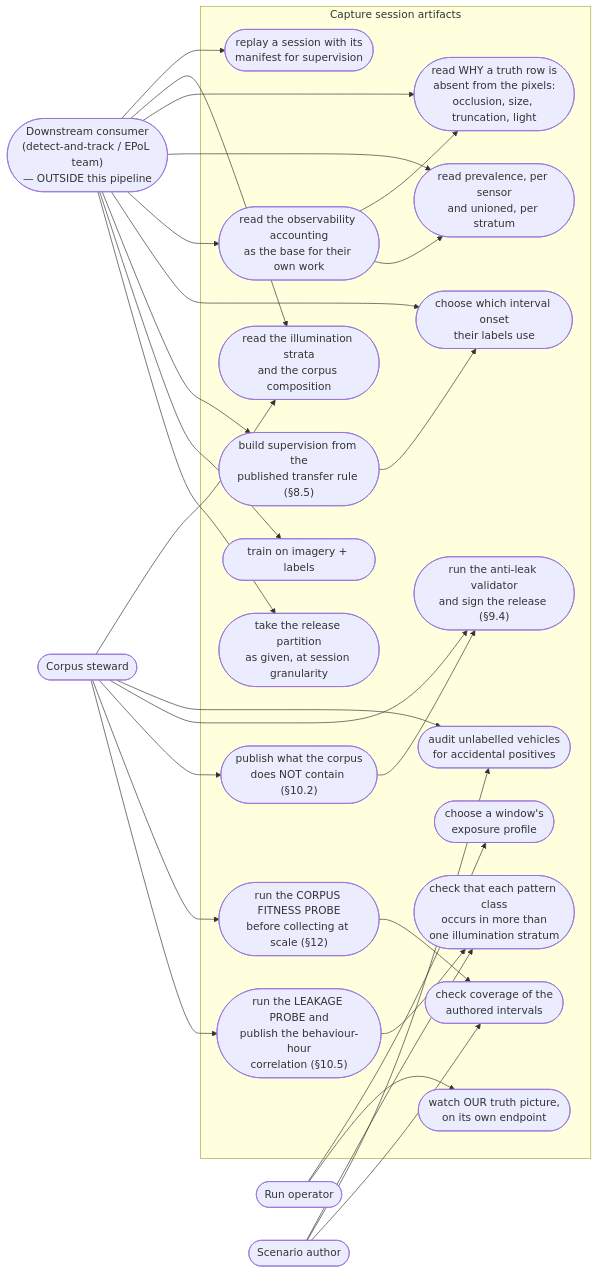
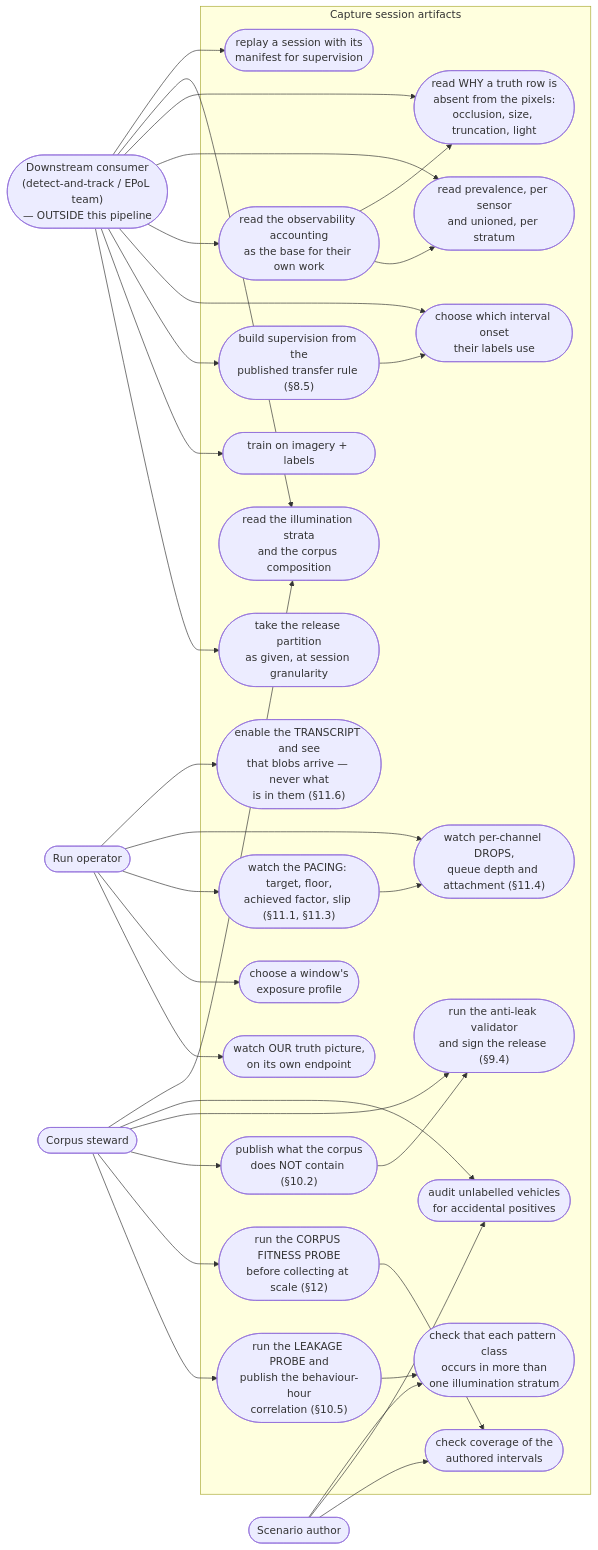
One commit to sbrett9/carla changed the sixth of 6 diagrams in Docs/CAT_Research/Plans/SUMO_Behavioral_Capture/08_Collection_And_EPoL.md. Above: the diagram before and after it, drawn with Mermaid. The commit also changed other lines of this file and 5 other files, not shown here.

````diff
--- a/Docs/CAT_Research/Plans/SUMO_Behavioral_Capture/08_Collection_And_EPoL.md
+++ b/Docs/CAT_Research/Plans/SUMO_Behavioral_Capture/08_Collection_And_EPoL.md
@@ -3305,56 +3692,63 @@
 ```mermaid
 flowchart LR
     CONSUMER(["Downstream consumer<br/>(detect-and-track / EPoL team)<br/>— OUTSIDE this pipeline"])
     STEWARD(["Corpus steward"])
     OPERATOR(["Run operator"])
     AUTHOR(["Scenario author"])
 
     subgraph SYS["Capture session artifacts"]
         U1(["take the release partition<br/>as given, at session granularity"])
         U2(["train on imagery + labels"])
         U3(["build supervision from the<br/>published transfer rule (§8.5)"])
         U4(["choose which interval onset<br/>their labels use"])
         U5(["read the observability accounting<br/>as the base for their own work"])
         U6(["read prevalence, per sensor<br/>and unioned, per stratum"])
         U7(["read WHY a truth row is<br/>absent from the pixels:<br/>occlusion, size, truncation, light"])
         U8(["audit unlabelled vehicles<br/>for accidental positives"])
         U9(["replay a session with its<br/>manifest for supervision"])
         U10(["watch OUR truth picture,<br/>on its own endpoint"])
         U11(["check coverage of the<br/>authored intervals"])
         U12(["read the illumination strata<br/>and the corpus composition"])
         U13(["run the LEAKAGE PROBE and<br/>publish the behaviour-hour<br/>correlation (§10.5)"])
         U14(["check that each pattern class<br/>occurs in more than<br/>one illumination stratum"])
         U15(["choose a window's<br/>exposure profile"])
         U16(["run the CORPUS FITNESS PROBE<br/>before collecting at scale (§12)"])
         U17(["publish what the corpus<br/>does NOT contain (§10.2)"])
         U18(["run the anti-leak validator<br/>and sign the release (§9.4)"])
+        U19(["watch the PACING: target, floor,<br/>achieved factor, slip (§11.1, §11.3)"])
+        U20(["watch per-channel DROPS,<br/>queue depth and attachment (§11.4)"])
+        U21(["enable the TRANSCRIPT and see<br/>that blobs arrive — never what<br/>is in them (§11.6)"])
     end
 
     CONSUMER --> U1
     CONSUMER --> U2
     CONSUMER --> U3
     CONSUMER --> U4
     CONSUMER --> U5
     CONSUMER --> U6
     CONSUMER --> U7
     CONSUMER --> U12
     CONSUMER --> U9
     STEWARD --> U13
     STEWARD --> U16
     STEWARD --> U17
     STEWARD --> U18
     STEWARD --> U8
     STEWARD --> U12
     OPERATOR --> U10
     OPERATOR --> U15
+    OPERATOR --> U19
+    OPERATOR --> U20
+    OPERATOR --> U21
+    U19 --> U20
     AUTHOR --> U11
     AUTHOR --> U8
     AUTHOR --> U14
 
     U5 --> U6
     U5 --> U7
     U3 --> U4
     U16 --> U11
     U13 --> U14
     U17 --> U18
 ```
````
